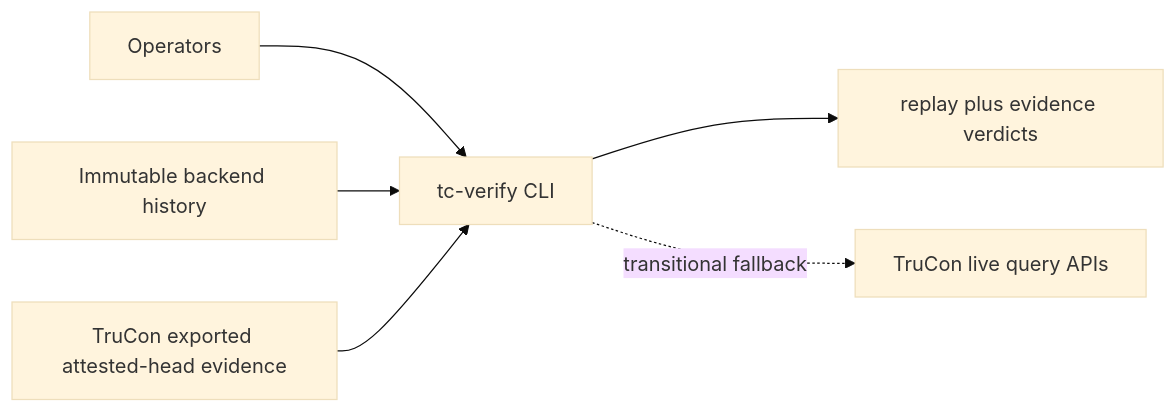
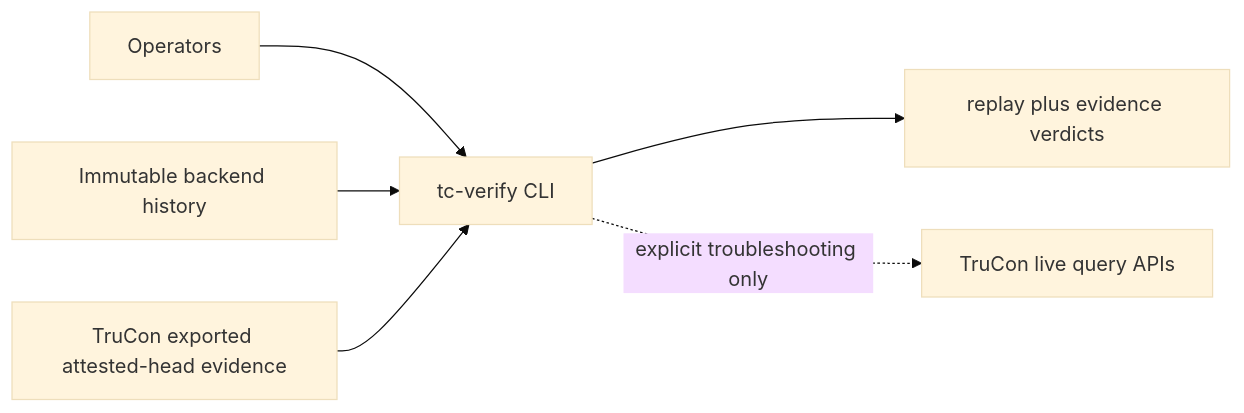
One commit to intel/confidential-computing-zoo changed the fourth of 6 diagrams in docs/architecture.md. Above: the diagram before and after it, drawn with Mermaid (base theme). The commit also changed other lines of this file and 100 other files, not shown here.

````diff
--- a/docs/architecture.md
+++ b/docs/architecture.md
@@ -112,8 +113,8 @@
 ```mermaid
 flowchart LR
   operators[Operators] --> tcverify[tc-verify CLI]
   rekor[Immutable backend history] --> tcverify
   evidence[TruCon exported attested-head evidence] --> tcverify
   tcverify --> verdicts[replay plus evidence verdicts]
-  tcverify -. transitional fallback .-> live[TruCon live query APIs]
+  tcverify -. explicit troubleshooting only .-> live[TruCon live query APIs]
 ```
````
